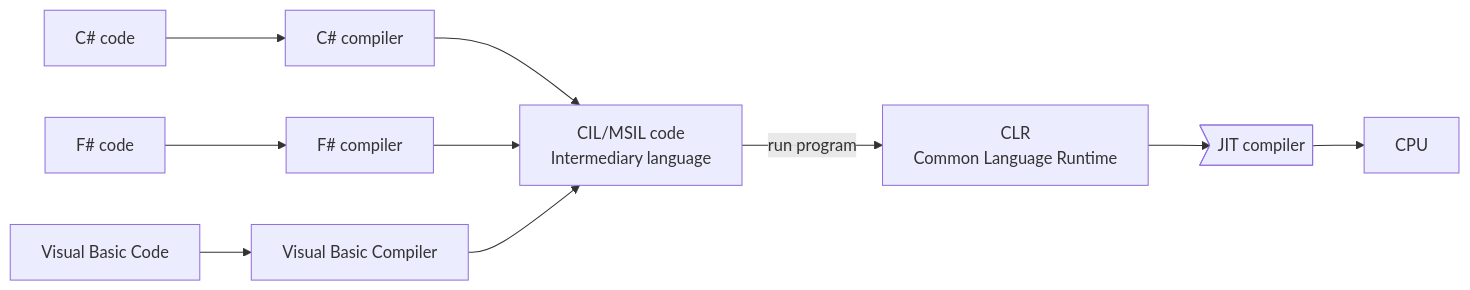
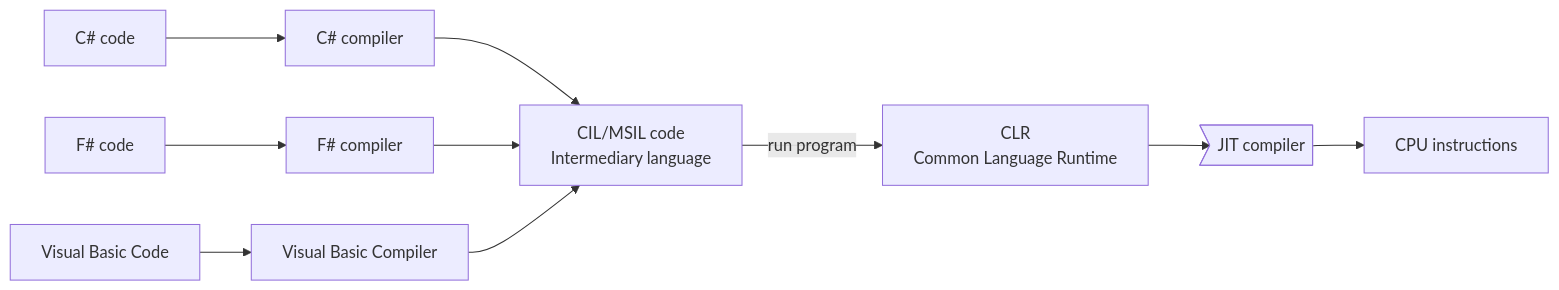
The diagram in README.org (64J0/samples--il), drawn with Mermaid before and after one commit. The commit also changed other lines of this file, not shown here.

Commit message:
README: improve .NET compilation and execution diagram

```diff
--- a/README.org
+++ b/README.org
@@ -12,27 +12,27 @@
 #+BEGIN_SRC mermaid
   flowchart LR
     csharp_code[C# code]
     csharp_compiler[C# compiler]
     fsharp_code[F# code]
     fsharp_compiler[F# compiler]
     vb_code[Visual Basic Code]
     vb_compiler[Visual Basic Compiler]
     cil["`CIL/MSIL code
             Intermediary language
 `"]
     clr["`CLR
             Common Language Runtime
 `"]
     jit>JIT compiler]
-    cpu[CPU]
+    cpu[CPU instructions]
 
     csharp_code --> csharp_compiler
     fsharp_code --> fsharp_compiler
     vb_code --> vb_compiler
     csharp_compiler --> cil
     fsharp_compiler --> cil
     vb_compiler --> cil
     cil -- run program --> clr
     clr --> jit
     jit --> cpu
 #+END_SRC
```
